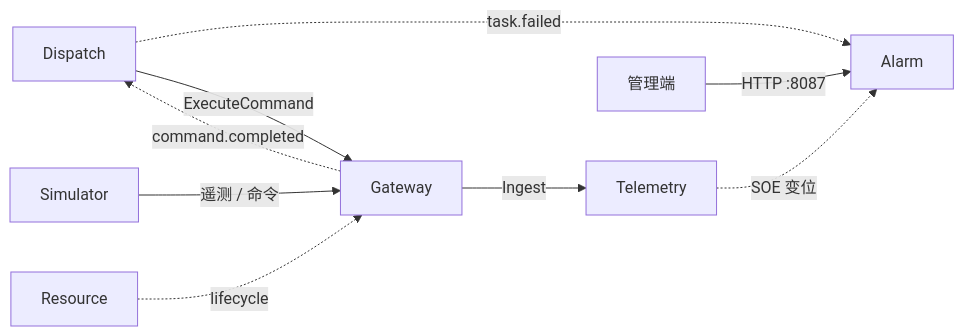
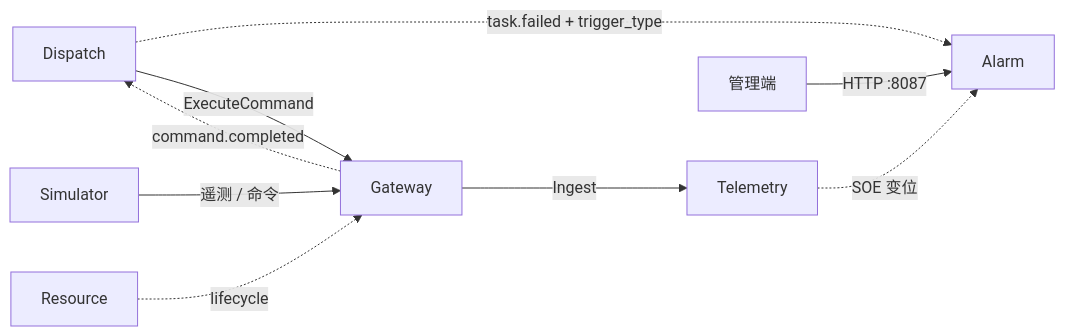
Before and after one commit to mushroomyuan/vpp-backend: the second of 2 diagrams in internal/alarm/OVERVIEW.md, drawn with Mermaid. The commit also changed other lines of this file and 83 other files, not shown here.

````diff
--- a/internal/alarm/OVERVIEW.md
+++ b/internal/alarm/OVERVIEW.md
@@ -100,15 +100,15 @@
 ```mermaid
 flowchart LR
-    Dis[Dispatch] -.->|task.failed| Alarm
+    Dis[Dispatch] -.->|task.failed + trigger_type| Alarm
     Tel[Telemetry] -.->|SOE 变位| Alarm
     Admin[管理端] -->|HTTP :8087| Alarm
     GW[Gateway]
     Sim[Simulator]
     Res[Resource]
 
     Dis -->|ExecuteCommand| GW
     GW -.->|command.completed| Dis
     Sim -->|遥测 / 命令| GW
     GW -->|Ingest| Tel
     Res -.->|lifecycle| GW
 ```
````
